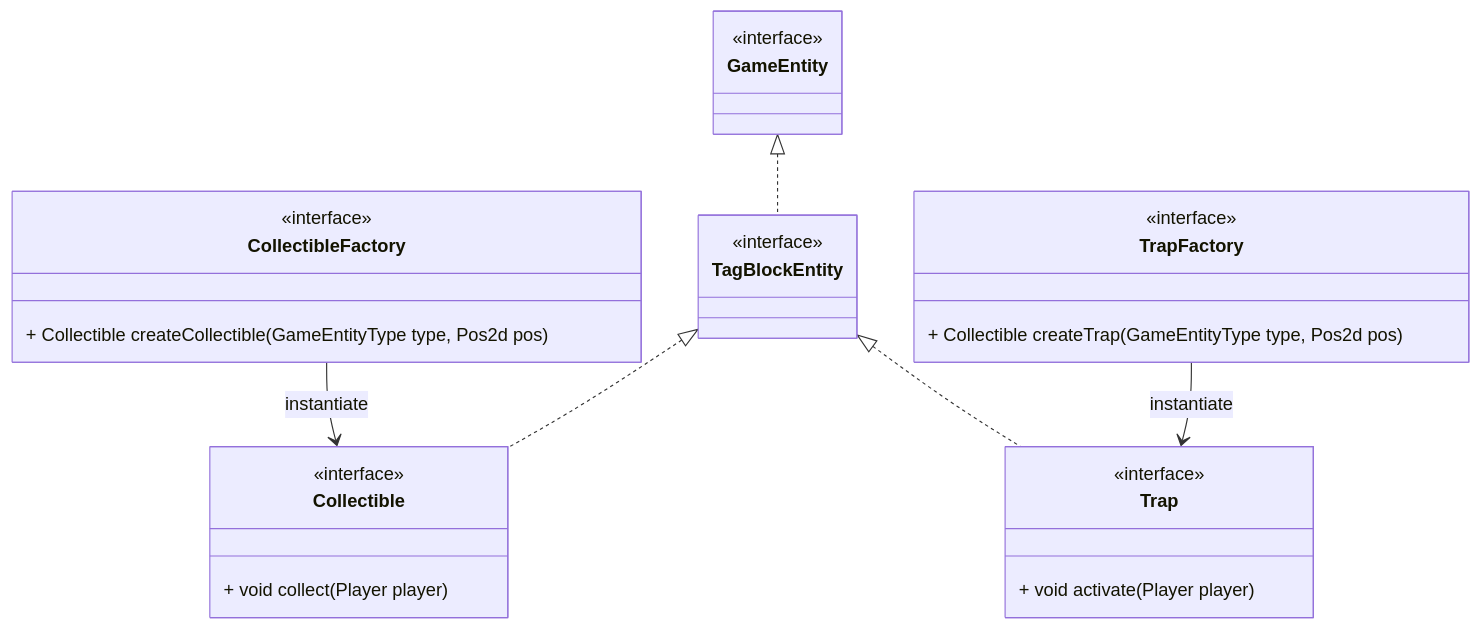
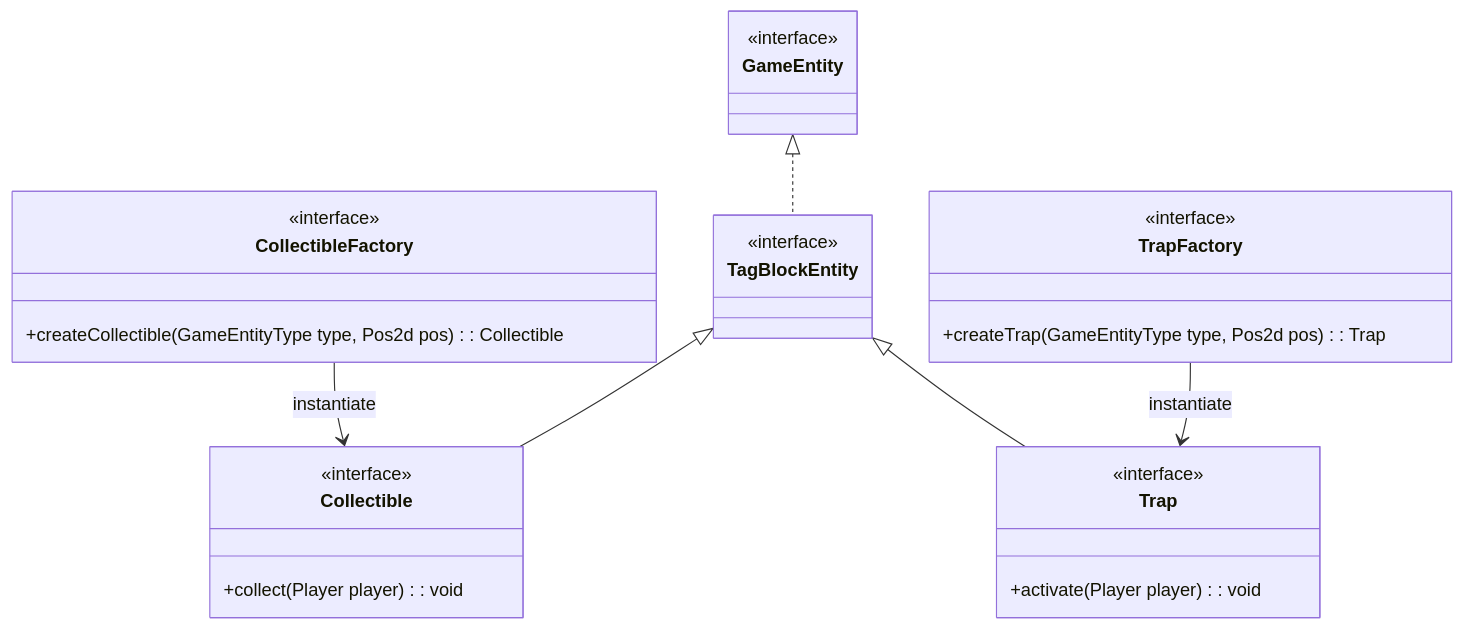
Before and after one commit to unibo-oop-projects/OOP23-FilippoMassariFilippoMassari6studio-MatteoBagnolini-FilippoMassari-SaadElMaliki-Matteo-SUPSON: the seventh of 10 diagrams in report.md, drawn with Mermaid. The commit also changed other lines of this file and 1 other file, not shown here.

````diff
--- a/report.md
+++ b/report.md
@@ -333,36 +326,36 @@
 ```mermaid
 classDiagram
     class GameEntity {
         <<interface>>
     }
 
     class TagBlockEntity {
         <<interface>>
     }
 
     class Collectible {
         <<interface>>
-        + void collect(Player player)
+        +collect(Player player) : void
     }
 
     class TrapFactory {
         <<interface>>
-        + Collectible createTrap(GameEntityType type, Pos2d pos)
+        +createTrap(GameEntityType type, Pos2d pos) : Trap
     }
 
     class CollectibleFactory {
         <<interface>>
-        + Collectible createCollectible(GameEntityType type, Pos2d pos)
+        +createCollectible(GameEntityType type, Pos2d pos) : Collectible
     }
 
     class Trap {
         <<interface>>
-        + void activate(Player player)
+        +activate(Player player) : void
     }
 
     TrapFactory --> Trap : instantiate
     GameEntity <|.. TagBlockEntity
-    TagBlockEntity <|.. Collectible
-    TagBlockEntity <|.. Trap
+    TagBlockEntity <|-- Collectible
+    TagBlockEntity <|-- Trap
     CollectibleFactory --> Collectible : instantiate
 ```
````
